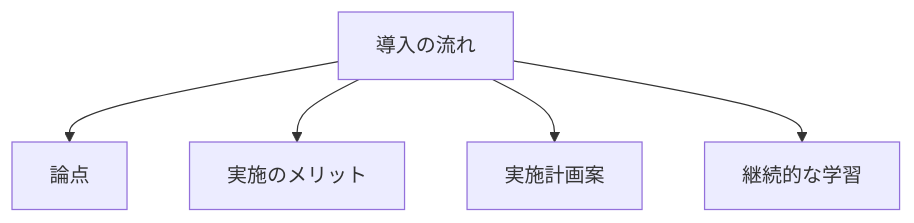
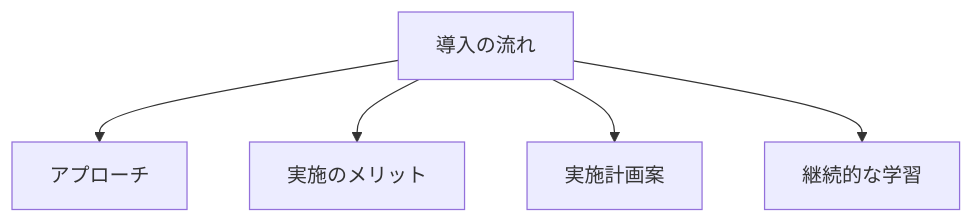
One commit to SparklingDetergent/doc_genai_Proposal_for_introducing_generative_AI_with_emphasis_on_safety changed the fifth of 11 diagrams in README.md. Above: the diagram before and after it, drawn with Mermaid. The commit also changed other lines of this file, not shown here.

````diff
--- a/README.md
+++ b/README.md
@@ -259,7 +230,7 @@
 ```mermaid
 graph TD;
-    A[導入の流れ] --> B[論点];
+    A[導入の流れ] --> B[アプローチ];
     A --> C[実施のメリット];
     A --> D[実施計画案];
     A --> E[継続的な学習];
 ```
````
